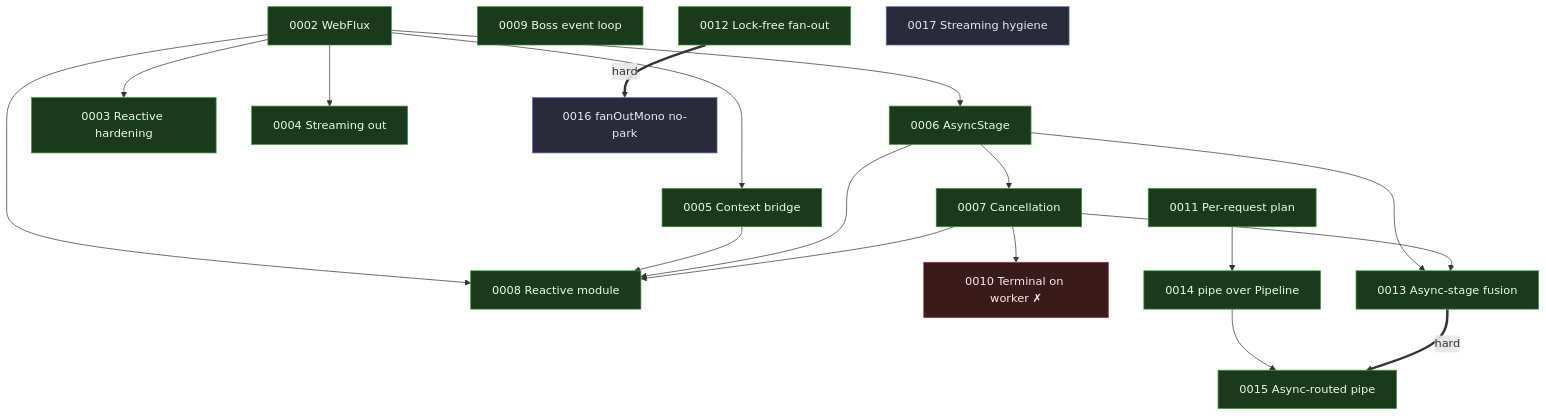
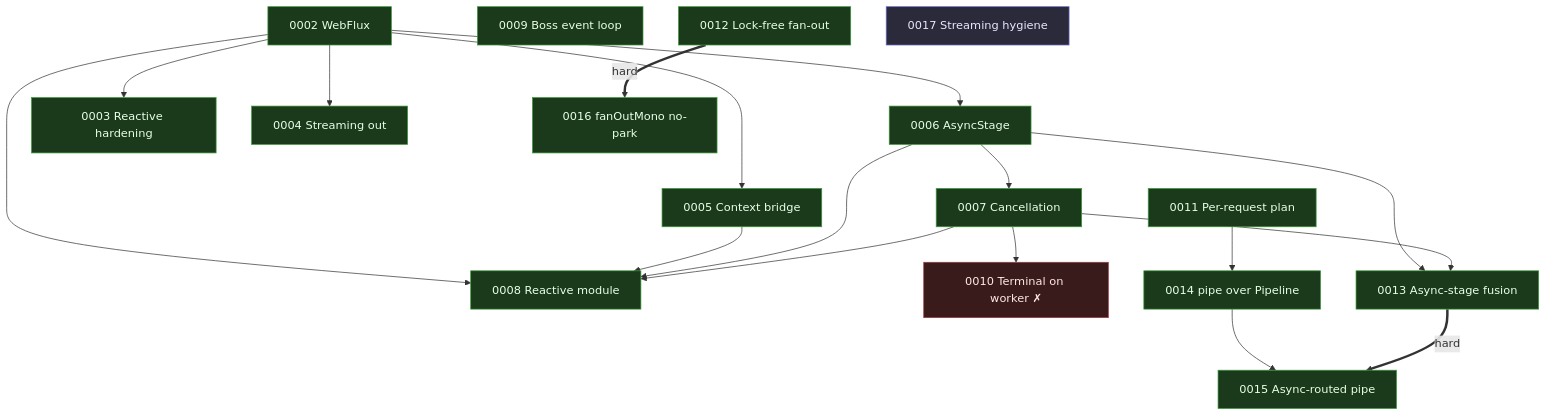
Before and after one commit to fabiangftech/nioflow: the diagram in docs/rfc/0000-index.md, drawn with Mermaid. The commit also changed other lines of this file and 7 other files, not shown here.

````diff
--- a/docs/rfc/0000-index.md
+++ b/docs/rfc/0000-index.md
@@ -37,40 +37,40 @@
 ```mermaid
 flowchart TD
     classDef done fill:#1b3a1b,stroke:#3c9a3c,color:#e8ffe8
     classDef prop fill:#2a2a3a,stroke:#6a6ad0,color:#e8e8ff
     classDef rej fill:#3a1b1b,stroke:#9a3c3c,color:#ffe8e8
     classDef hard stroke-width:3px
 
     %% ── implemented (0001–0008) ──
     R0002["0002 WebFlux"]:::done
     R0006["0006 AsyncStage"]:::done
     R0007["0007 Cancellation"]:::done
     R0002 --> R0006 --> R0007
     R0002 --> R0003["0003 Reactive hardening"]:::done
     R0002 --> R0004["0004 Streaming out"]:::done
     R0002 --> R0005["0005 Context bridge"]:::done
     R0002 --> R0008["0008 Reactive module"]:::done
     R0005 --> R0008
     R0006 --> R0008
     R0007 --> R0008
 
     %% ── proposed core (0009–0013) ──
     R0009["0009 Boss event loop"]:::done
     R0010["0010 Terminal on worker ✗"]:::rej
     R0011["0011 Per-request plan"]:::done
     R0012["0012 Lock-free fan-out"]:::done
     R0013["0013 Async-stage fusion"]:::done
     R0007 --> R0010
     R0006 --> R0013
     R0007 --> R0013
 
     %% ── proposed reactive (0014–0017) ──
     R0014["0014 pipe over Pipeline"]:::done
     R0015["0015 Async-routed pipe"]:::done
-    R0016["0016 fanOutMono no-park"]:::prop
+    R0016["0016 fanOutMono no-park"]:::done
     R0017["0017 Streaming hygiene"]:::prop
     R0011 --> R0014
     R0014 --> R0015
     R0013 == hard ==> R0015
     R0012 == hard ==> R0016
 ```
````
